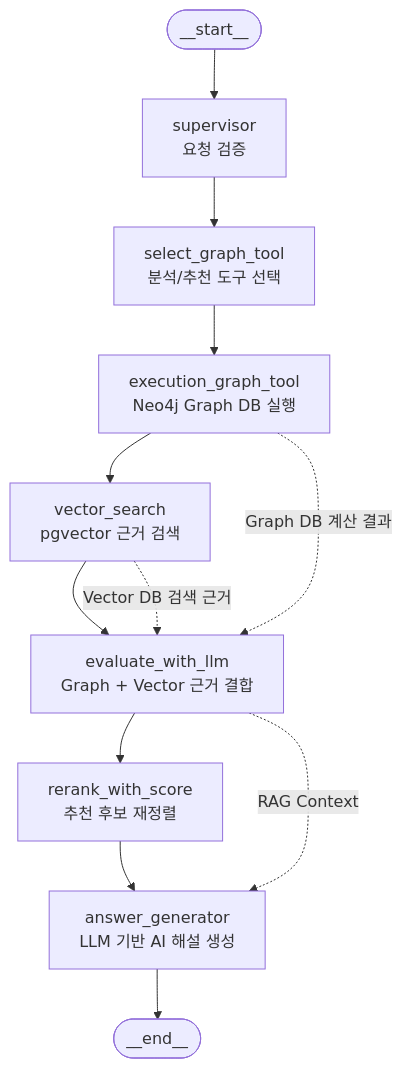
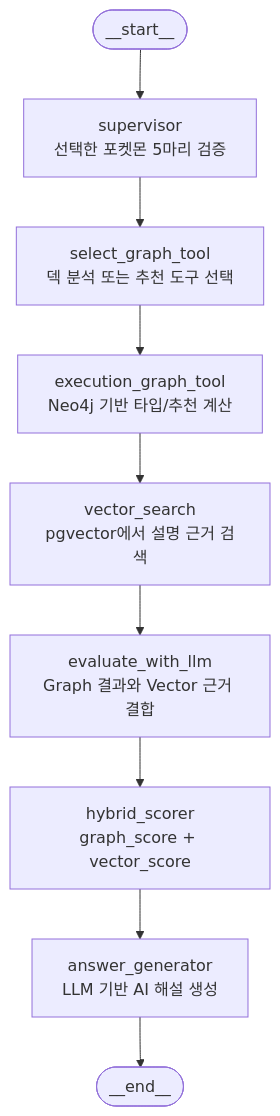
One commit to SKNETWORKS-FAMILY-AICAMP/SKN27-3rd-3TEAM changed the diagram in backend/team_build_rag/workflow_diagram.md. Above: the diagram before and after it, drawn with Mermaid. The commit also changed other lines of this file and 20 other files, not shown here.

````diff
--- a/backend/team_build_rag/workflow_diagram.md
+++ b/backend/team_build_rag/workflow_diagram.md
@@ -5,25 +11,21 @@
 ```mermaid
 flowchart TD
-    START([__start__])
-    SUP[supervisor<br/>요청 검증]
-    SELECT[select_graph_tool<br/>분석/추천 도구 선택]
-    GRAPH[execution_graph_tool<br/>Neo4j Graph DB 실행]
-    VECTOR[vector_search<br/>pgvector 근거 검색]
-    EVAL[evaluate_with_llm<br/>Graph + Vector 근거 결합]
-    RERANK[rerank_with_score<br/>추천 후보 재정렬]
-    ANSWER[answer_generator<br/>LLM 기반 AI 해설 생성]
-    END([__end__])
+    START(["__start__"])
+    SUP["supervisor<br/>선택한 포켓몬 5마리 검증"]
+    SELECT["select_graph_tool<br/>덱 분석 또는 추천 도구 선택"]
+    GRAPH["execution_graph_tool<br/>Neo4j 기반 타입/추천 계산"]
+    VECTOR["vector_search<br/>pgvector에서 설명 근거 검색"]
+    EVAL["evaluate_with_llm<br/>Graph 결과와 Vector 근거 결합"]
+    HYBRID["hybrid_scorer<br/>graph_score + vector_score"]
+    ANSWER["answer_generator<br/>LLM 기반 AI 해설 생성"]
+    END(["__end__"])
 
     START --> SUP
     SUP --> SELECT
     SELECT --> GRAPH
     GRAPH --> VECTOR
     VECTOR --> EVAL
-    EVAL --> RERANK
-    RERANK --> ANSWER
+    EVAL --> HYBRID
+    HYBRID --> ANSWER
     ANSWER --> END
-
-    GRAPH -. Graph DB 계산 결과 .-> EVAL
-    VECTOR -. Vector DB 검색 근거 .-> EVAL
-    EVAL -. RAG Context .-> ANSWER
 ```
````
